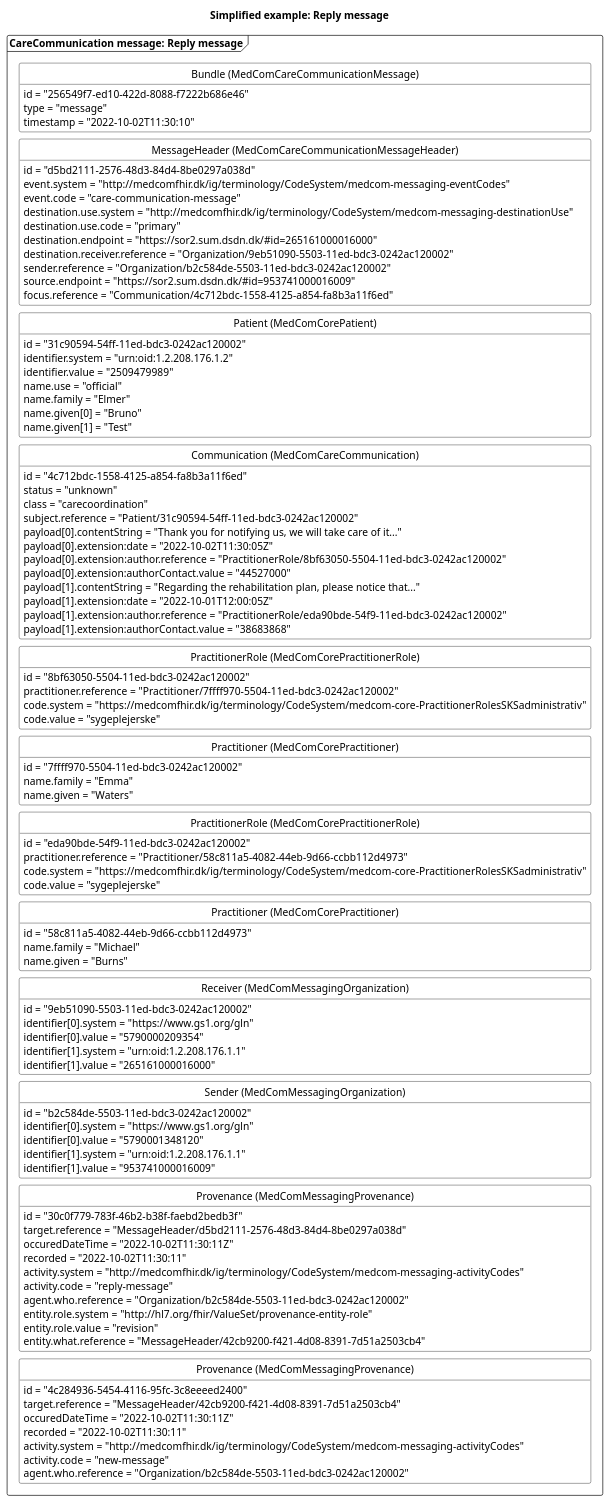
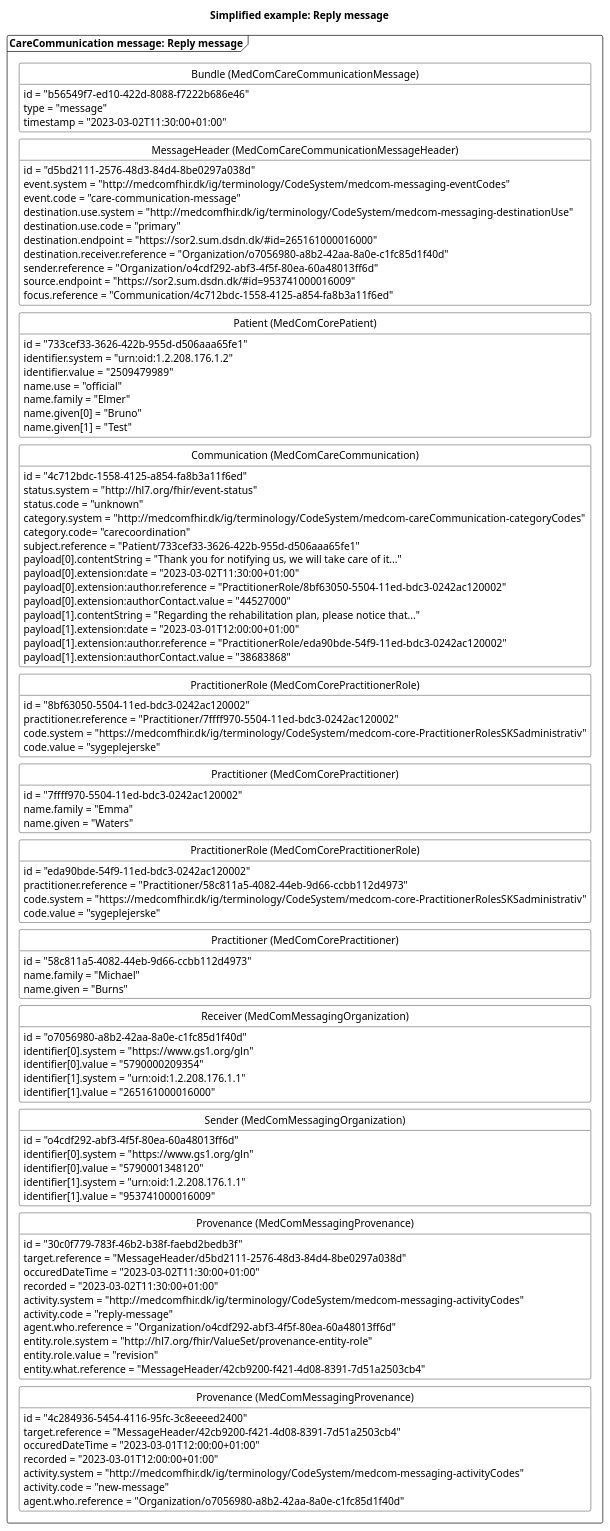
One commit to medcomdk/dk-medcom-carecommunication changed the diagram in puml/CareCommunicationReplyMessage.puml. Above: the diagram before and after it, drawn with PlantUML. The commit also changed 26 other files, not shown here.

```diff
--- a/puml/CareCommunicationReplyMessage.puml
+++ b/puml/CareCommunicationReplyMessage.puml
@@ -1,131 +1,133 @@
 @startuml CCreplyMessage
 
 'layout
 skinparam class {
     BackgroundColor White
     BorderColor Black
     ArrowColor Black
   }
 hide circle
 hide empty members
 skinparam SameClassWidth true
 skinparam Ranksep 10
 
 
 'title
 title Simplified example: Reply message
 
 'Message 1: reply message
 package "CareCommunication message: Reply message" as reply <<Frame>>{
     class "Bundle (MedComCareCommunicationMessage)" as replyB {
-        id = "256549f7-ed10-422d-8088-f7222b686e46"
+        id = "b56549f7-ed10-422d-8088-f7222b686e46"
         type = "message"
-        timestamp = "2022-10-02T11:30:10"
+        timestamp = "2023-03-02T11:30:00+01:00"
     }
     class "MessageHeader (MedComCareCommunicationMessageHeader)" as replyMH{
         id = "d5bd2111-2576-48d3-84d4-8be0297a038d"
         event.system = "http://medcomfhir.dk/ig/terminology/CodeSystem/medcom-messaging-eventCodes"
         event.code = "care-communication-message"
         destination.use.system = "http://medcomfhir.dk/ig/terminology/CodeSystem/medcom-messaging-destinationUse"
         destination.use.code = "primary"
         destination.endpoint = "https://sor2.sum.dsdn.dk/#id=265161000016000"
-        destination.receiver.reference = "Organization/9eb51090-5503-11ed-bdc3-0242ac120002"
-        sender.reference = "Organization/b2c584de-5503-11ed-bdc3-0242ac120002"
+        destination.receiver.reference = "Organization/o7056980-a8b2-42aa-8a0e-c1fc85d1f40d"
+        sender.reference = "Organization/o4cdf292-abf3-4f5f-80ea-60a48013ff6d"
         source.endpoint = "https://sor2.sum.dsdn.dk/#id=953741000016009"
         focus.reference = "Communication/4c712bdc-1558-4125-a854-fa8b3a11f6ed"
     }
     class "Patient (MedComCorePatient)" as replyPT{
-        id = "31c90594-54ff-11ed-bdc3-0242ac120002"
+        id = "733cef33-3626-422b-955d-d506aaa65fe1"
         identifier.system = "urn:oid:1.2.208.176.1.2"
         identifier.value = "2509479989"
         name.use = "official"
         name.family = "Elmer"
         name.given[0] = "Bruno"
         name.given[1] = "Test"
     }
     class "Communication (MedComCareCommunication)" as replyCom{
         id = "4c712bdc-1558-4125-a854-fa8b3a11f6ed"
-        status = "unknown"
-        class = "carecoordination"
-        subject.reference = "Patient/31c90594-54ff-11ed-bdc3-0242ac120002"
+        status.system = "http://hl7.org/fhir/event-status" 
+        status.code = "unknown"
+        category.system = "http://medcomfhir.dk/ig/terminology/CodeSystem/medcom-careCommunication-categoryCodes"
+        category.code= "carecoordination"
+        subject.reference = "Patient/733cef33-3626-422b-955d-d506aaa65fe1"
         payload[0].contentString = "Thank you for notifying us, we will take care of it..."
-        payload[0].extension:date = "2022-10-02T11:30:05Z"
+        payload[0].extension:date = "2023-03-02T11:30:00+01:00"
         payload[0].extension:author.reference = "PractitionerRole/8bf63050-5504-11ed-bdc3-0242ac120002"
         payload[0].extension:authorContact.value = "44527000"
         payload[1].contentString = "Regarding the rehabilitation plan, please notice that..."
-        payload[1].extension:date = "2022-10-01T12:00:05Z"
+        payload[1].extension:date = "2023-03-01T12:00:00+01:00"
         payload[1].extension:author.reference = "PractitionerRole/eda90bde-54f9-11ed-bdc3-0242ac120002"
         payload[1].extension:authorContact.value = "38683868"
     } 
     class "PractitionerRole (MedComCorePractitionerRole)" as replyPracR{
         id = "8bf63050-5504-11ed-bdc3-0242ac120002"
         practitioner.reference = "Practitioner/7ffff970-5504-11ed-bdc3-0242ac120002"
         code.system = "https://medcomfhir.dk/ig/terminology/CodeSystem/medcom-core-PractitionerRolesSKSadministrativ"
         code.value = "sygeplejerske"
     }
     class "Practitioner (MedComCorePractitioner)" as replyPrac{
         id = "7ffff970-5504-11ed-bdc3-0242ac120002"
         name.family = "Emma"
         name.given = "Waters"
     }
     class "PractitionerRole (MedComCorePractitionerRole)" as newPracR{
         id = "eda90bde-54f9-11ed-bdc3-0242ac120002"
         practitioner.reference = "Practitioner/58c811a5-4082-44eb-9d66-ccbb112d4973"
         code.system = "https://medcomfhir.dk/ig/terminology/CodeSystem/medcom-core-PractitionerRolesSKSadministrativ"
         code.value = "sygeplejerske"
     }
     class "Practitioner (MedComCorePractitioner)" as newPrac{
         id = "58c811a5-4082-44eb-9d66-ccbb112d4973"
         name.family = "Michael"
         name.given = "Burns"
     }
+    class "Sender (MedComMessagingOrganization)" as replySOrg{
+        id = "o4cdf292-abf3-4f5f-80ea-60a48013ff6d"
+        identifier[0].system = "https://www.gs1.org/gln"
+        identifier[0].value = "5790001348120"
+        identifier[1].system = "urn:oid:1.2.208.176.1.1"
+        identifier[1].value = "953741000016009"
+    }
     class "Receiver (MedComMessagingOrganization)" as replyROrg{
-        id = "9eb51090-5503-11ed-bdc3-0242ac120002"
+        id = "o7056980-a8b2-42aa-8a0e-c1fc85d1f40d"
         identifier[0].system = "https://www.gs1.org/gln"
         identifier[0].value = "5790000209354"
         identifier[1].system = "urn:oid:1.2.208.176.1.1"
         identifier[1].value = "265161000016000"
     }
-    class "Sender (MedComMessagingOrganization)" as replySOrg{
-        id = "b2c584de-5503-11ed-bdc3-0242ac120002"
-        identifier[0].system = "https://www.gs1.org/gln"
-        identifier[0].value = "5790001348120"
-        identifier[1].system = "urn:oid:1.2.208.176.1.1"
-        identifier[1].value = "953741000016009"
-    }
     class "Provenance (MedComMessagingProvenance)" as replyPRO{
         id = "30c0f779-783f-46b2-b38f-faebd2bedb3f"
         target.reference = "MessageHeader/d5bd2111-2576-48d3-84d4-8be0297a038d"
-        occuredDateTime = "2022-10-02T11:30:11Z"
-        recorded = "2022-10-02T11:30:11"
+        occuredDateTime = "2023-03-02T11:30:00+01:00"
+        recorded = "2023-03-02T11:30:00+01:00"
         activity.system = "http://medcomfhir.dk/ig/terminology/CodeSystem/medcom-messaging-activityCodes"
         activity.code = "reply-message"
-        agent.who.reference = "Organization/b2c584de-5503-11ed-bdc3-0242ac120002"
+        agent.who.reference = "Organization/o4cdf292-abf3-4f5f-80ea-60a48013ff6d"
         entity.role.system = "http://hl7.org/fhir/ValueSet/provenance-entity-role"
         entity.role.value = "revision"
         entity.what.reference = "MessageHeader/42cb9200-f421-4d08-8391-7d51a2503cb4"
     }
     class "Provenance (MedComMessagingProvenance)" as newPRO{
         id = "4c284936-5454-4116-95fc-3c8eeeed2400"
         target.reference = "MessageHeader/42cb9200-f421-4d08-8391-7d51a2503cb4"
-        occuredDateTime = "2022-10-02T11:30:11Z"
-        recorded = "2022-10-02T11:30:11"
+        occuredDateTime = "2023-03-01T12:00:00+01:00"
+        recorded = "2023-03-01T12:00:00+01:00"
         activity.system = "http://medcomfhir.dk/ig/terminology/CodeSystem/medcom-messaging-activityCodes"
         activity.code = "new-message"
-        agent.who.reference = "Organization/b2c584de-5503-11ed-bdc3-0242ac120002"
+        agent.who.reference = "Organization/o7056980-a8b2-42aa-8a0e-c1fc85d1f40d"
     }
 
 replyB -[hidden]- replyMH
 replyMH -[hidden]-replyPT
 replyPT-[hidden]-replyCom
 replyCom -[hidden]-replyPracR
 replyPracR-[hidden]-replyPrac
 replyPrac-[hidden]-newPracR
 newPracR-[hidden]-newPrac
 newPrac-[hidden]-replyROrg
 replyROrg-[hidden]- replySOrg
 replySOrg-[hidden]-replyPRO
 replyPRO-[hidden]-newPRO
 
 
 @enduml
```
